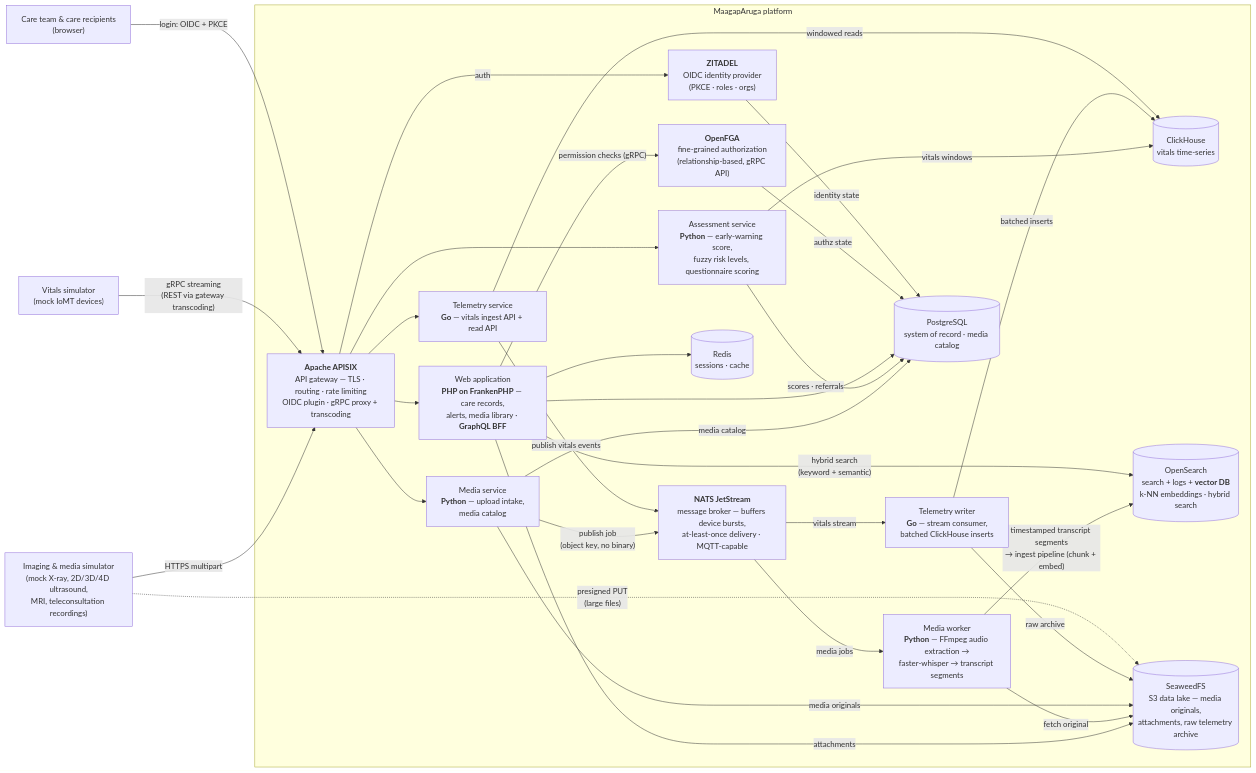
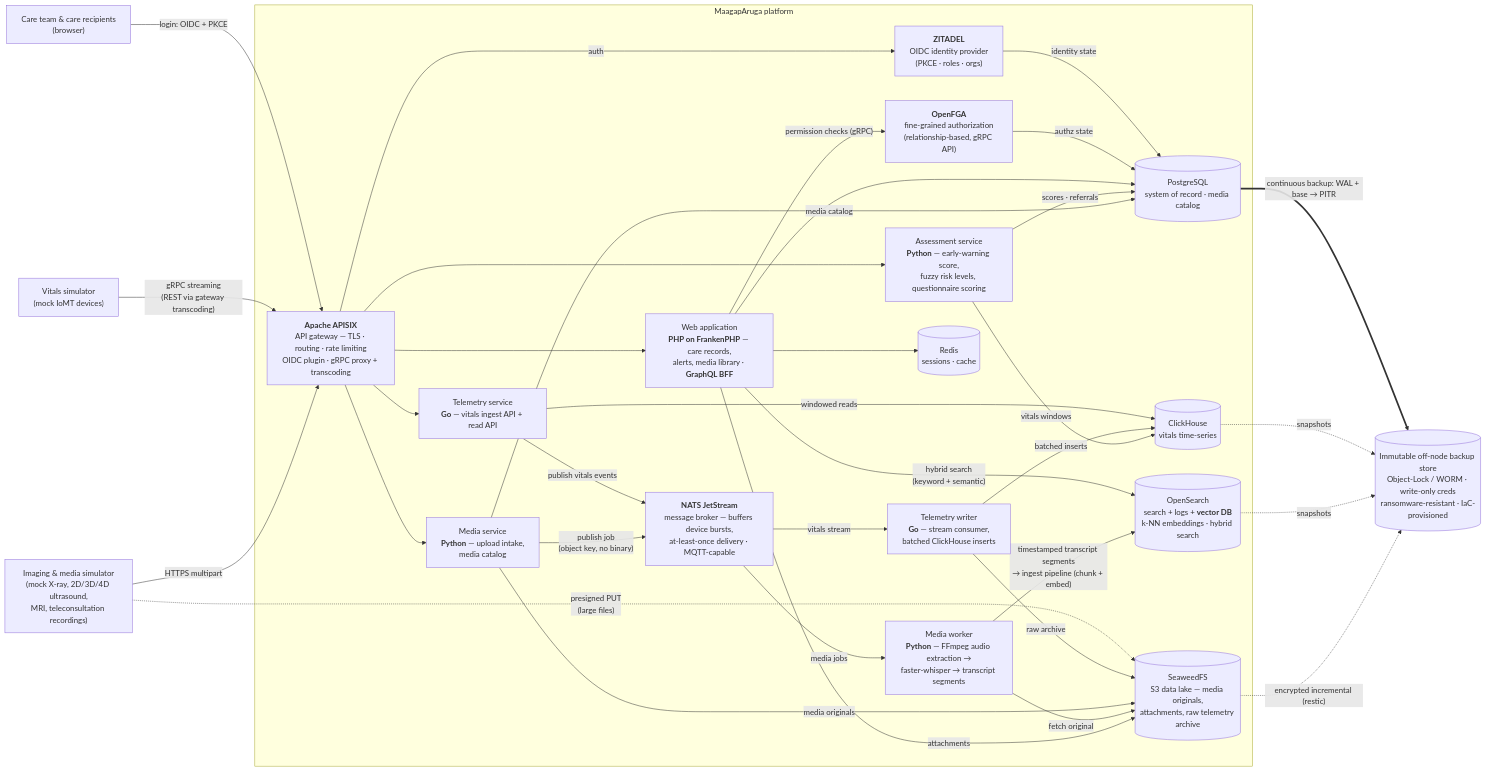
One commit to marco-montesines/maagaparuga changed the first of 4 diagrams in README.md. Above: the diagram before and after it, drawn with Mermaid. The commit also changed other lines of this file and 1 other file, not shown here.

First line of the commit message:
docs: surface disaster recovery & ransomware resistance across the diagrams

````diff
--- a/README.md
+++ b/README.md
@@ -128,54 +128,60 @@
 ```mermaid
 flowchart LR
     users["Care team & care recipients<br/>(browser)"]
     sim["Vitals simulator<br/>(mock IoMT devices)"]
     devices["Imaging & media simulator<br/>(mock X-ray, 2D/3D/4D ultrasound,<br/>MRI, teleconsultation recordings)"]
 
     subgraph platform["MaagapAruga platform"]
         gw["<b>Apache APISIX</b><br/>API gateway — TLS · routing · rate limiting<br/>OIDC plugin · gRPC proxy + transcoding"]
         idp["<b>ZITADEL</b><br/>OIDC identity provider<br/>(PKCE · roles · orgs)"]
         fga["<b>OpenFGA</b><br/>fine-grained authorization<br/>(relationship-based, gRPC API)"]
         web["Web application<br/><b>PHP on FrankenPHP</b> — care records,<br/>alerts, media library · <b>GraphQL BFF</b>"]
         telemetry["Telemetry service<br/><b>Go</b> — vitals ingest API + read API"]
         assessment["Assessment service<br/><b>Python</b> — early-warning score,<br/>fuzzy risk levels, questionnaire scoring"]
         media["Media service<br/><b>Python</b> — upload intake,<br/>media catalog"]
         nats["<b>NATS JetStream</b><br/>message broker — buffers device bursts,<br/>at-least-once delivery · MQTT-capable"]
         tworker["Telemetry writer<br/><b>Go</b> — stream consumer,<br/>batched ClickHouse inserts"]
         mworker["Media worker<br/><b>Python</b> — FFmpeg audio extraction →<br/>faster-whisper → transcript segments"]
         db[("PostgreSQL<br/>system of record · media catalog")]
         ch[("ClickHouse<br/>vitals time-series")]
         osearch[("OpenSearch<br/>search + logs + <b>vector DB</b><br/>k-NN embeddings · hybrid search")]
         cache[("Redis<br/>sessions · cache")]
         lake[("SeaweedFS<br/>S3 data lake — media originals,<br/>attachments, raw telemetry archive")]
     end
+
+    backup[("Immutable off-node backup store<br/>Object-Lock / WORM · write-only creds<br/>ransomware-resistant · IaC-provisioned")]
 
     users -- "login: OIDC + PKCE" --> gw
     sim -- "gRPC streaming<br/>(REST via gateway transcoding)" --> gw
     devices -- "HTTPS multipart" --> gw
     devices -. "presigned PUT<br/>(large files)" .-> lake
     gw -- "auth" --> idp
     gw --> web
     gw --> telemetry
     gw --> assessment
     gw --> media
     idp -- "identity state" --> db
     fga -- "authz state" --> db
     web -- "permission checks (gRPC)" --> fga
     web --> db
     web --> cache
     web -- "hybrid search<br/>(keyword + semantic)" --> osearch
     telemetry -- "publish vitals events" --> nats
     telemetry -- "windowed reads" --> ch
     nats -- "vitals stream" --> tworker
     tworker -- "batched inserts" --> ch
     tworker -- "raw archive" --> lake
     assessment -- "vitals windows" --> ch
     assessment -- "scores · referrals" --> db
     media -- "media originals" --> lake
     media -- "media catalog" --> db
     media -- "publish job<br/>(object key, no binary)" --> nats
     nats -- "media jobs" --> mworker
     mworker -- "fetch original" --> lake
     mworker -- "timestamped transcript segments<br/>→ ingest pipeline (chunk + embed)" --> osearch
     web -- "attachments" --> lake
+    db == "continuous backup: WAL + base → PITR" ==> backup
+    ch -. "snapshots" .-> backup
+    osearch -. "snapshots" .-> backup
+    lake -. "encrypted incremental (restic)" .-> backup
 ```
````
